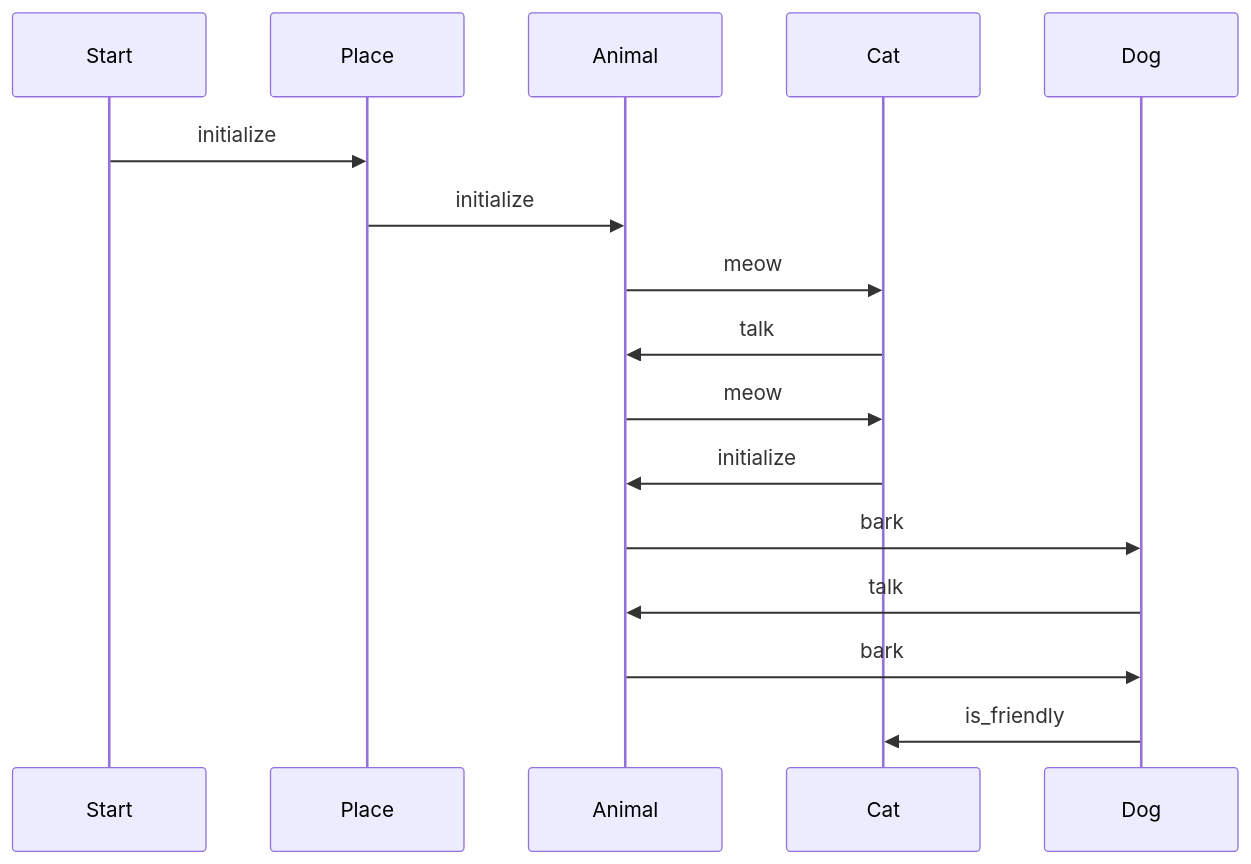
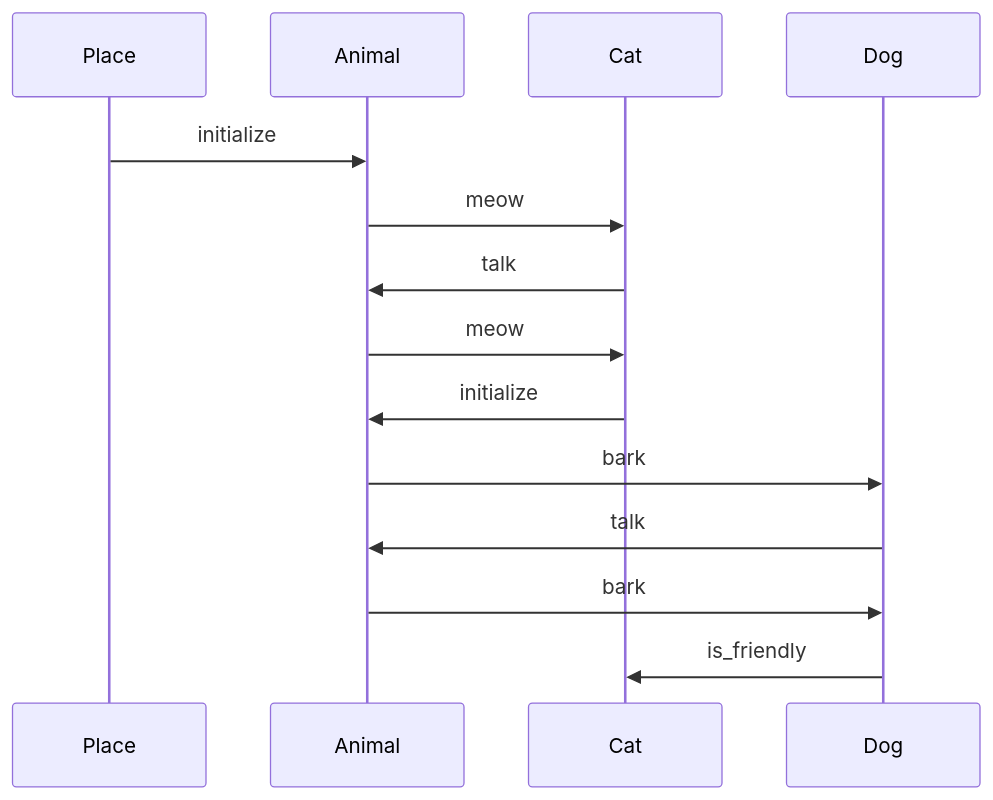
The diagram in demo/documented/run_me.md (greensync/documented), drawn with Mermaid before and after one commit. The commit also changed 1 other file, not shown here.

Commit message:
Make the first entity called the starting entity

`````diff
--- a/demo/documented/run_me.md
+++ b/demo/documented/run_me.md
@@ -1,13 +1,12 @@
 ```mermaid
 sequenceDiagram;
-  Start->>Place: initialize
   Place->>Animal: initialize
   Animal->>Cat: meow
   Cat->>Animal: talk
   Animal->>Cat: meow
   Cat->>Animal: initialize
   Animal->>Dog: bark
   Dog->>Animal: talk
   Animal->>Dog: bark
   Dog->>Cat: is_friendly
 ````
`````
